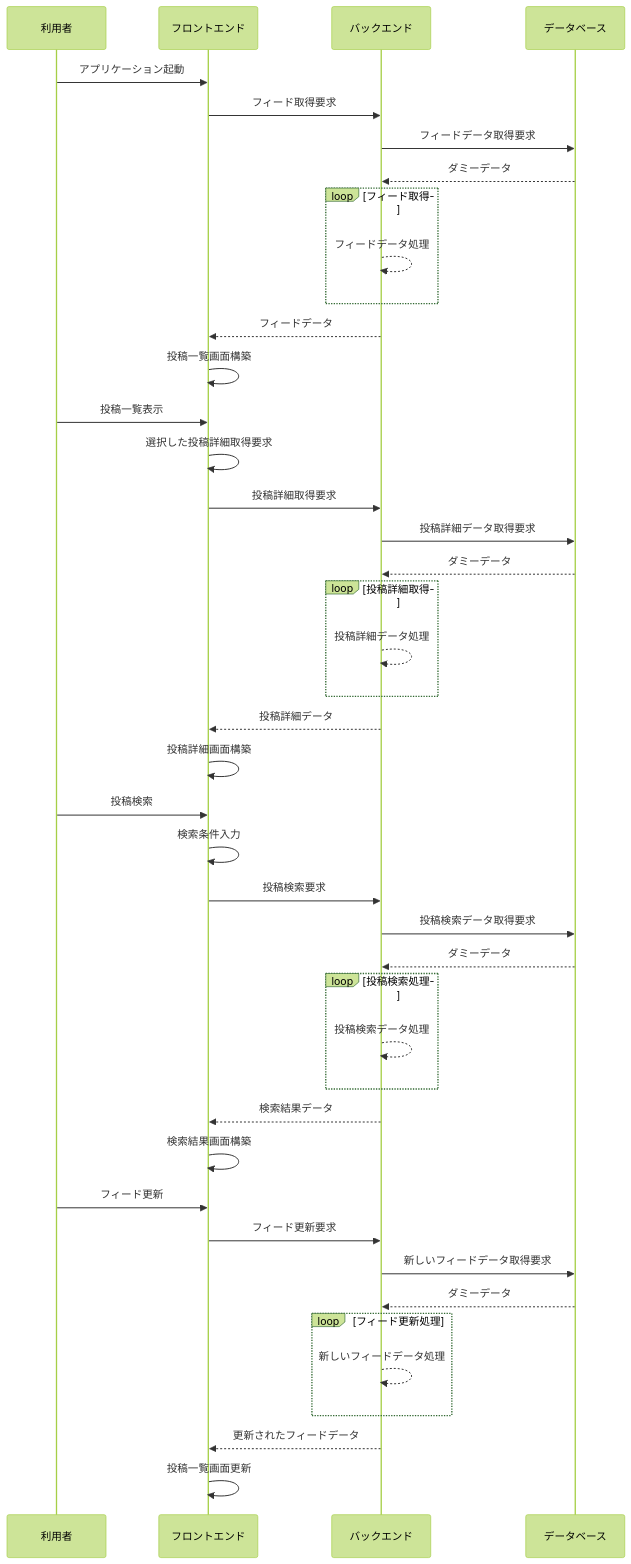
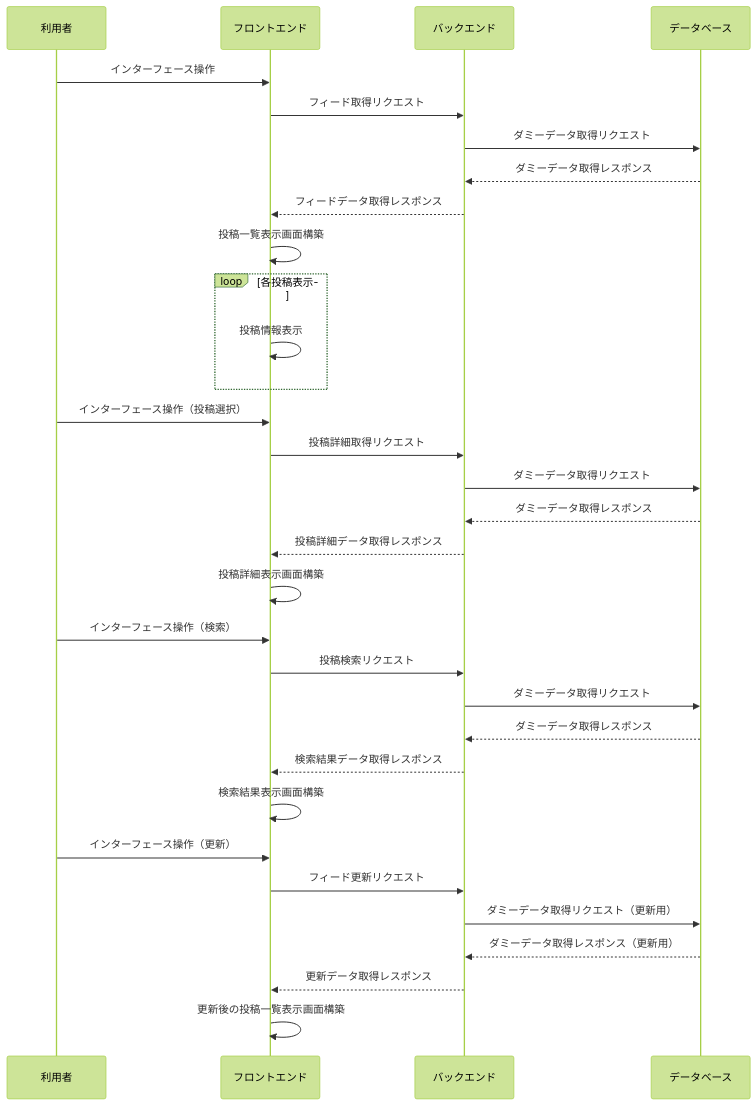
One commit to kurokawa5/kurokawa5 changed the diagram in README.md. Above: the diagram before and after it, drawn with Mermaid (forest theme).

````diff
--- a/README.md
+++ b/README.md
@@ -10,58 +10,39 @@
 ```mermaid
 sequenceDiagram
-    participant User as 利用者
-    participant Frontend as フロントエンド
-    participant Backend as バックエンド
-    participant Database as データベース
+  participant User as 利用者
+  participant Frontend as フロントエンド
+  participant Backend as バックエンド
+  participant Database as データベース
 
-    User->>Frontend: アプリケーション起動
-    Frontend->>Backend: フィード取得要求
-    Backend->>Database: フィードデータ取得要求
-    Database-->>Backend: ダミーデータ
+  User->>Frontend: インターフェース操作
+  Frontend->>Backend: フィード取得リクエスト
+  Backend->>Database: ダミーデータ取得リクエスト
+  Database-->>Backend: ダミーデータ取得レスポンス
+  Backend-->>Frontend: フィードデータ取得レスポンス
+  Frontend->>Frontend: 投稿一覧表示画面構築
 
-    loop フィード取得
-        Backend-->>Backend: フィードデータ処理
-    end
+  loop 各投稿表示
+    Frontend->>Frontend: 投稿情報表示
+  end
 
-    Backend-->>Frontend: フィードデータ
-    Frontend->>Frontend: 投稿一覧画面構築
+  User->>Frontend: インターフェース操作（投稿選択）
+  Frontend->>Backend: 投稿詳細取得リクエスト
+  Backend->>Database: ダミーデータ取得リクエスト
+  Database-->>Backend: ダミーデータ取得レスポンス
+  Backend-->>Frontend: 投稿詳細データ取得レスポンス
+  Frontend->>Frontend: 投稿詳細表示画面構築
 
-    User->>Frontend: 投稿一覧表示
-    Frontend->>Frontend: 選択した投稿詳細取得要求
-    Frontend->>Backend: 投稿詳細取得要求
-    Backend->>Database: 投稿詳細データ取得要求
-    Database-->>Backend: ダミーデータ
+  User->>Frontend: インターフェース操作（検索）
+  Frontend->>Backend: 投稿検索リクエスト
+  Backend->>Database: ダミーデータ取得リクエスト
+  Database-->>Backend: ダミーデータ取得レスポンス
+  Backend-->>Frontend: 検索結果データ取得レスポンス
+  Frontend->>Frontend: 検索結果表示画面構築
 
-    loop 投稿詳細取得
-        Backend-->>Backend: 投稿詳細データ処理
-    end
-
-    Backend-->>Frontend: 投稿詳細データ
-    Frontend->>Frontend: 投稿詳細画面構築
-
-    User->>Frontend: 投稿検索
-    Frontend->>Frontend: 検索条件入力
-    Frontend->>Backend: 投稿検索要求
-    Backend->>Database: 投稿検索データ取得要求
-    Database-->>Backend: ダミーデータ
-
-    loop 投稿検索処理
-        Backend-->>Backend: 投稿検索データ処理
-    end
-
-    Backend-->>Frontend: 検索結果データ
-    Frontend->>Frontend: 検索結果画面構築
-
-    User->>Frontend: フィード更新
-    Frontend->>Backend: フィード更新要求
-    Backend->>Database: 新しいフィードデータ取得要求
-    Database-->>Backend: ダミーデータ
-
-    loop フィード更新処理
-        Backend-->>Backend: 新しいフィードデータ処理
-    end
-
-    Backend-->>Frontend: 更新されたフィードデータ
-    Frontend->>Frontend: 投稿一覧画面更新
-
+  User->>Frontend: インターフェース操作（更新）
+  Frontend->>Backend: フィード更新リクエスト
+  Backend->>Database: ダミーデータ取得リクエスト（更新用）
+  Database-->>Backend: ダミーデータ取得レスポンス（更新用）
+  Backend-->>Frontend: 更新データ取得レスポンス
+  Frontend->>Frontend: 更新後の投稿一覧表示画面構築
 ```
````
